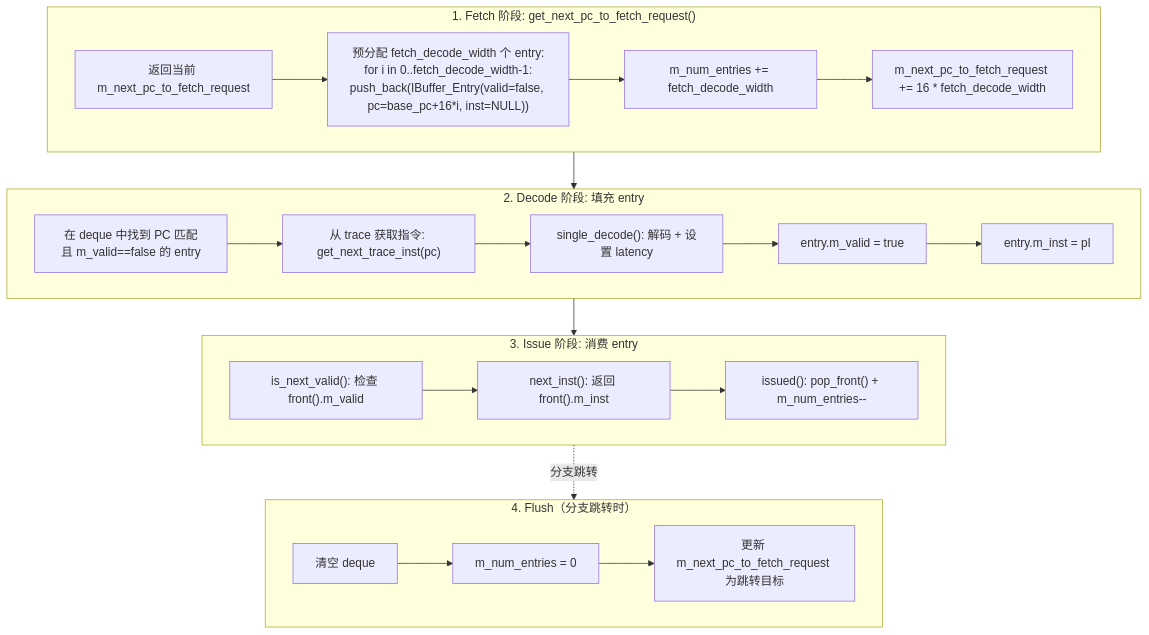
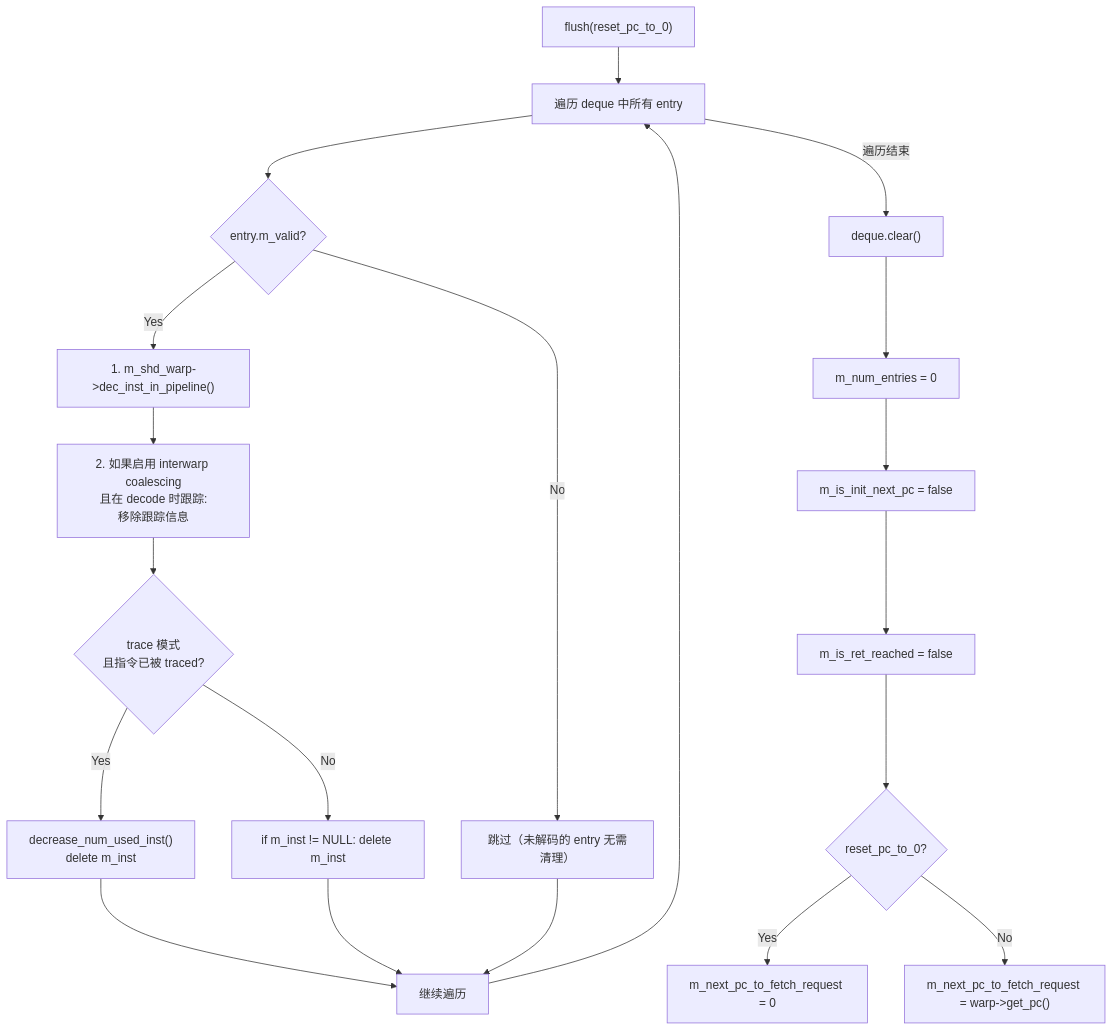
The fifth of 11 diagrams in docs/detailed-design/05-指令供给子系统设计.md (dzwduan/modern-gpu-simulator-micro-2025), drawn with Mermaid before and after one commit. The commit also changed other lines of this file and 2 other files, not shown here.

````diff
--- a/docs/detailed-design/05-指令供给子系统设计.md
+++ b/docs/detailed-design/05-指令供给子系统设计.md
@@ -235,36 +294,22 @@
 ```mermaid
 flowchart TD
-    subgraph Phase1["1. Fetch 阶段: get_next_pc_to_fetch_request()"]
-        F1["返回当前 m_next_pc_to_fetch_request"]
-        F2["预分配 fetch_decode_width 个 entry:<br/>for i in 0..fetch_decode_width-1:<br/>push_back(IBuffer_Entry(valid=false, pc=base_pc+16*i, inst=NULL))"]
-        F3["m_num_entries += fetch_decode_width"]
-        F4["m_next_pc_to_fetch_request += 16 * fetch_decode_width"]
-        F1 --> F2 --> F3 --> F4
-    end
-
-    subgraph Phase2["2. Decode 阶段: 填充 entry"]
-        D1["在 deque 中找到 PC 匹配且 m_valid==false 的 entry"]
-        D2["从 trace 获取指令: get_next_trace_inst(pc)"]
-        D3["single_decode(): 解码 + 设置 latency"]
-        D4["entry.m_valid = true"]
-        D5["entry.m_inst = pI"]
-        D1 --> D2 --> D3 --> D4 --> D5
-    end
-
-    subgraph Phase3["3. Issue 阶段: 消费 entry"]
-        I1["is_next_valid(): 检查 front().m_valid"]
-        I2["next_inst(): 返回 front().m_inst"]
-        I3["issued(): pop_front() + m_num_entries--"]
-        I1 --> I2 --> I3
-    end
-
-    subgraph Phase4["4. Flush（分支跳转时）"]
-        FL1["清空 deque"]
-        FL2["m_num_entries = 0"]
-        FL3["更新 m_next_pc_to_fetch_request 为跳转目标"]
-        FL1 --> FL2 --> FL3
-    end
-
-    Phase1 --> Phase2 --> Phase3
-    Phase3 -.->|"分支跳转"| Phase4
+    A["flush#40;reset_pc_to_0#41;"] --> B["遍历 deque 中所有 entry"]
+    B --> C{"entry.m_valid?"}
+    C -->|Yes| D["1. m_shd_warp->dec_inst_in_pipeline#40;#41;"]
+    D --> E["2. 如果启用 interwarp coalescing<br/>且在 decode 时跟踪:<br/>移除跟踪信息"]
+    E --> F{"trace 模式<br/>且指令已被 traced?"}
+    F -->|Yes| G["decrease_num_used_inst#40;#41;<br/>delete m_inst"]
+    F -->|No| H["if m_inst != NULL: delete m_inst"]
+    C -->|No| I["跳过（未解码的 entry 无需清理）"]
+    G --> J["继续遍历"]
+    H --> J
+    I --> J
+    J --> B
+    B -->|"遍历结束"| K["deque.clear#40;#41;"]
+    K --> L["m_num_entries = 0"]
+    L --> M["m_is_init_next_pc = false"]
+    M --> N["m_is_ret_reached = false"]
+    N --> O{"reset_pc_to_0?"}
+    O -->|Yes| P["m_next_pc_to_fetch_request = 0"]
+    O -->|No| Q["m_next_pc_to_fetch_request = warp->get_pc#40;#41;"]
 ```
````
